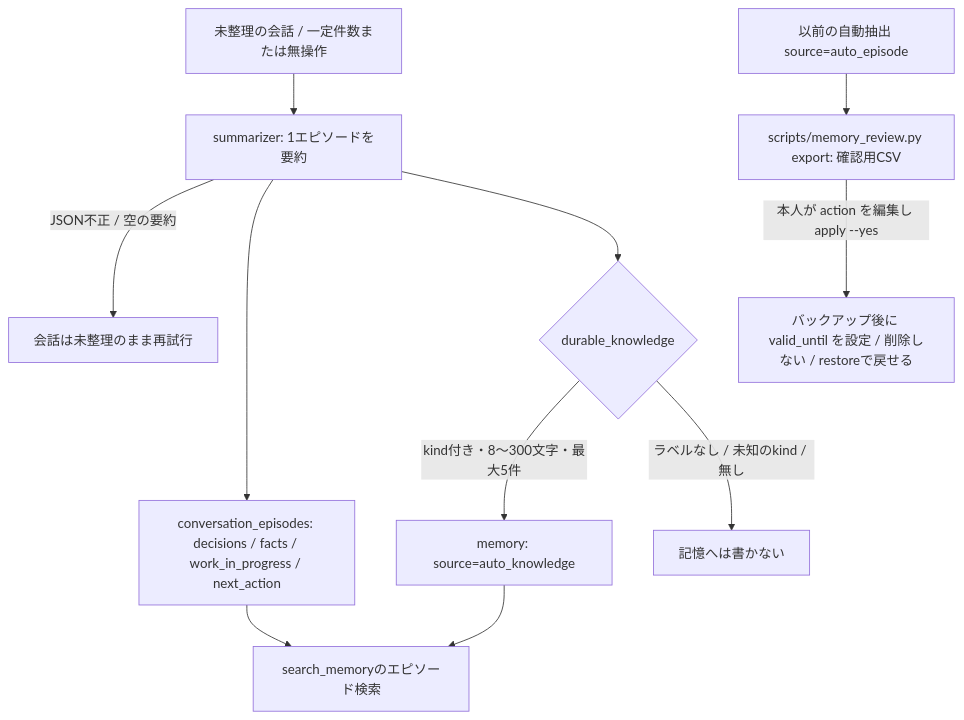
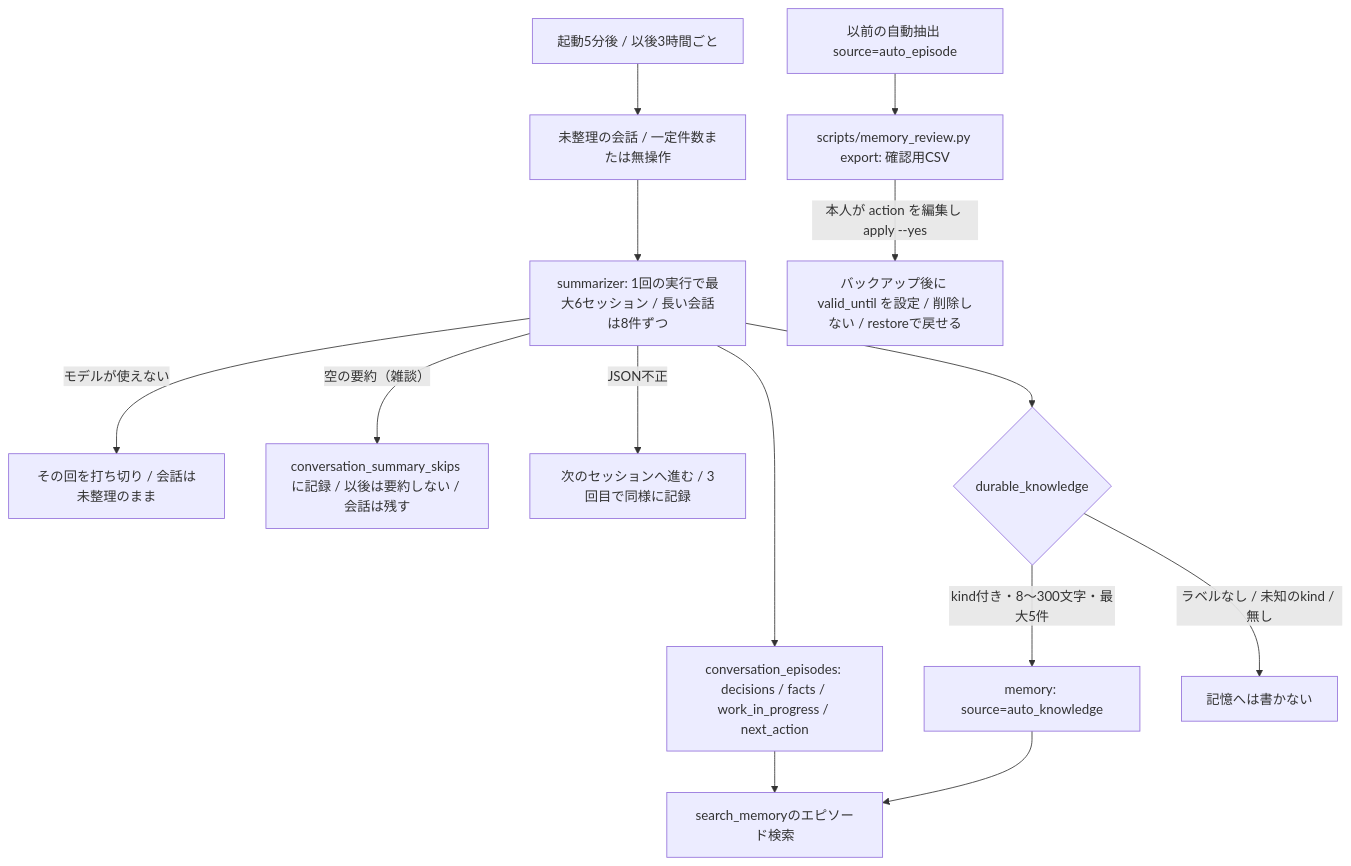
One commit to Soso2e/PETIT changed the second of 46 diagrams in docs/runtime-flows.md. Above: the diagram before and after it, drawn with Mermaid. The commit also changed 10 other files, not shown here.

````diff
--- a/docs/runtime-flows.md
+++ b/docs/runtime-flows.md
@@ -21,13 +21,16 @@
 ```mermaid
 flowchart TD
-    Idle[未整理の会話 / 一定件数または無操作] --> Summarize[summarizer: 1エピソードを要約]
-    Summarize -->|JSON不正 / 空の要約| Pending[会話は未整理のまま再試行]
+    Tick[起動5分後 / 以後3時間ごと] --> Idle[未整理の会話 / 一定件数または無操作]
+    Idle --> Summarize[summarizer: 1回の実行で最大6セッション / 長い会話は8件ずつ]
+    Summarize -->|モデルが使えない| Pending[その回を打ち切り / 会話は未整理のまま]
+    Summarize -->|空の要約（雑談）| Skip2[conversation_summary_skips に記録 / 以後は要約しない / 会話は残す]
+    Summarize -->|JSON不正| Retry[次のセッションへ進む / 3回目で同様に記録]
     Summarize --> Episode[conversation_episodes: decisions / facts / work_in_progress / next_action]
     Summarize --> Durable{durable_knowledge}
     Durable -->|kind付き・8〜300文字・最大5件| Memory[memory: source=auto_knowledge]
     Durable -->|ラベルなし / 未知のkind / 無し| Skip[記憶へは書かない]
     Episode --> Search[search_memoryのエピソード検索]
     Memory --> Search
     Legacy[以前の自動抽出 source=auto_episode] --> Review[scripts/memory_review.py export: 確認用CSV]
     Review -->|本人が action を編集し apply --yes| Expire[バックアップ後に valid_until を設定 / 削除しない / restoreで戻せる]
 ```
````
